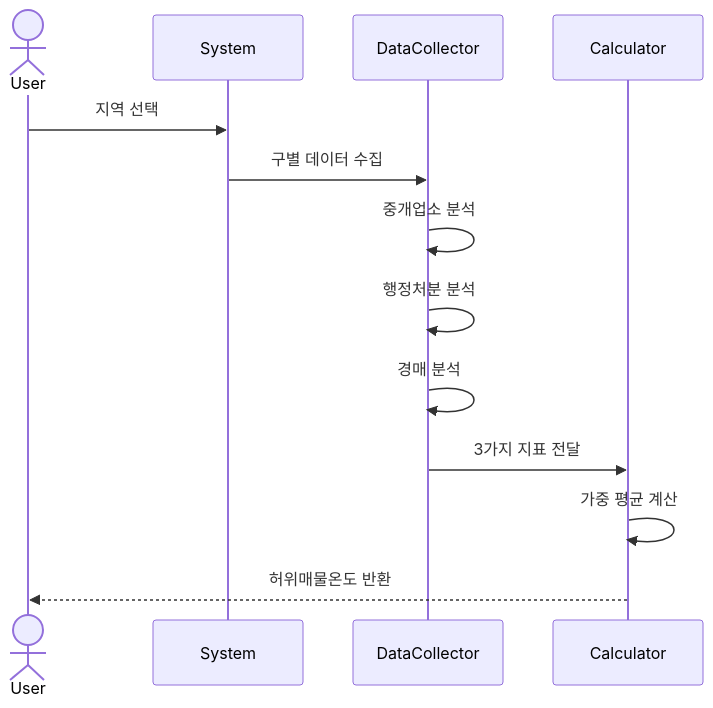
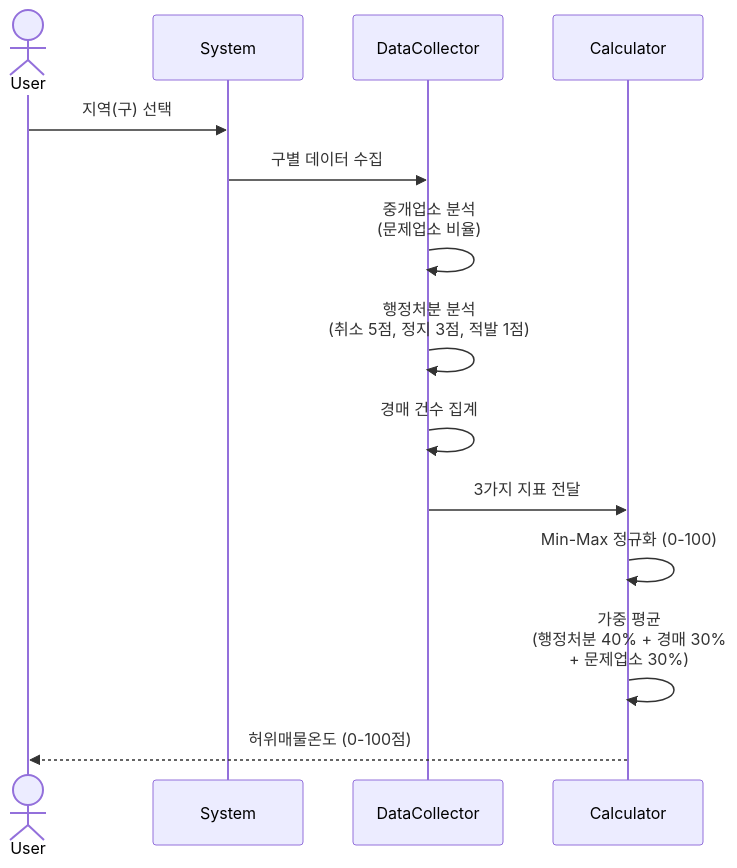
One commit to eunjeong0911/Property-recommend changed the second of 5 diagrams in analytics/sequence_diagrams.md. Above: the diagram before and after it, drawn with Mermaid. The commit also changed other lines of this file, not shown here.

Commit message:
docs: 시퀀스 다이어그램 수정

````diff
--- a/analytics/sequence_diagrams.md
+++ b/analytics/sequence_diagrams.md
@@ -25,16 +34,19 @@
 ```mermaid
 sequenceDiagram
     actor User
     participant System
     participant DataCollector
     participant Calculator
     
-    User->>System: 지역 선택
+    User->>System: 지역(구) 선택
     System->>DataCollector: 구별 데이터 수집
-    DataCollector->>DataCollector: 중개업소 분석
-    DataCollector->>DataCollector: 행정처분 분석
-    DataCollector->>DataCollector: 경매 분석
+    
+    DataCollector->>DataCollector: 중개업소 분석<br/>(문제업소 비율)
+    DataCollector->>DataCollector: 행정처분 분석<br/>(취소 5점, 정지 3점, 적발 1점)
+    DataCollector->>DataCollector: 경매 건수 집계
+    
     DataCollector->>Calculator: 3가지 지표 전달
-    Calculator->>Calculator: 가중 평균 계산
-    Calculator-->>User: 허위매물온도 반환
+    Calculator->>Calculator: Min-Max 정규화 (0-100)
+    Calculator->>Calculator: 가중 평균<br/>(행정처분 40% + 경매 30%<br/>+ 문제업소 30%)
+    Calculator-->>User: 허위매물온도 (0-100점)
 ```
````
